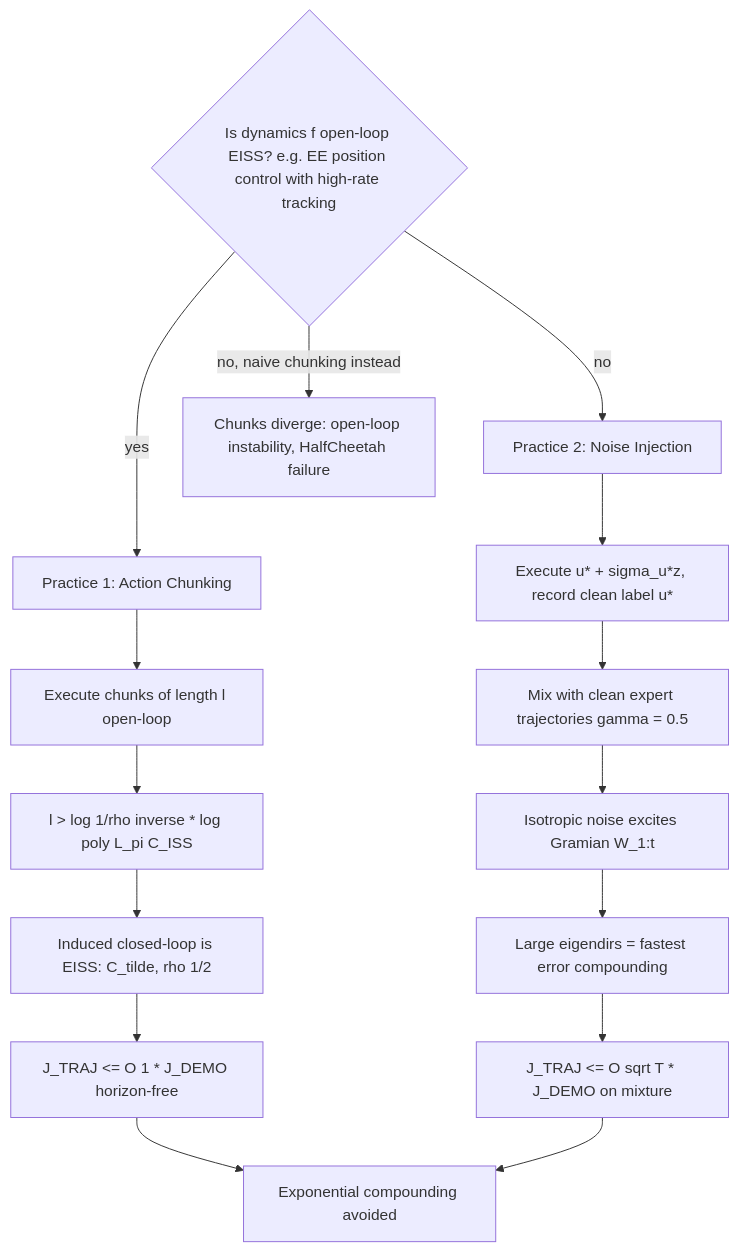
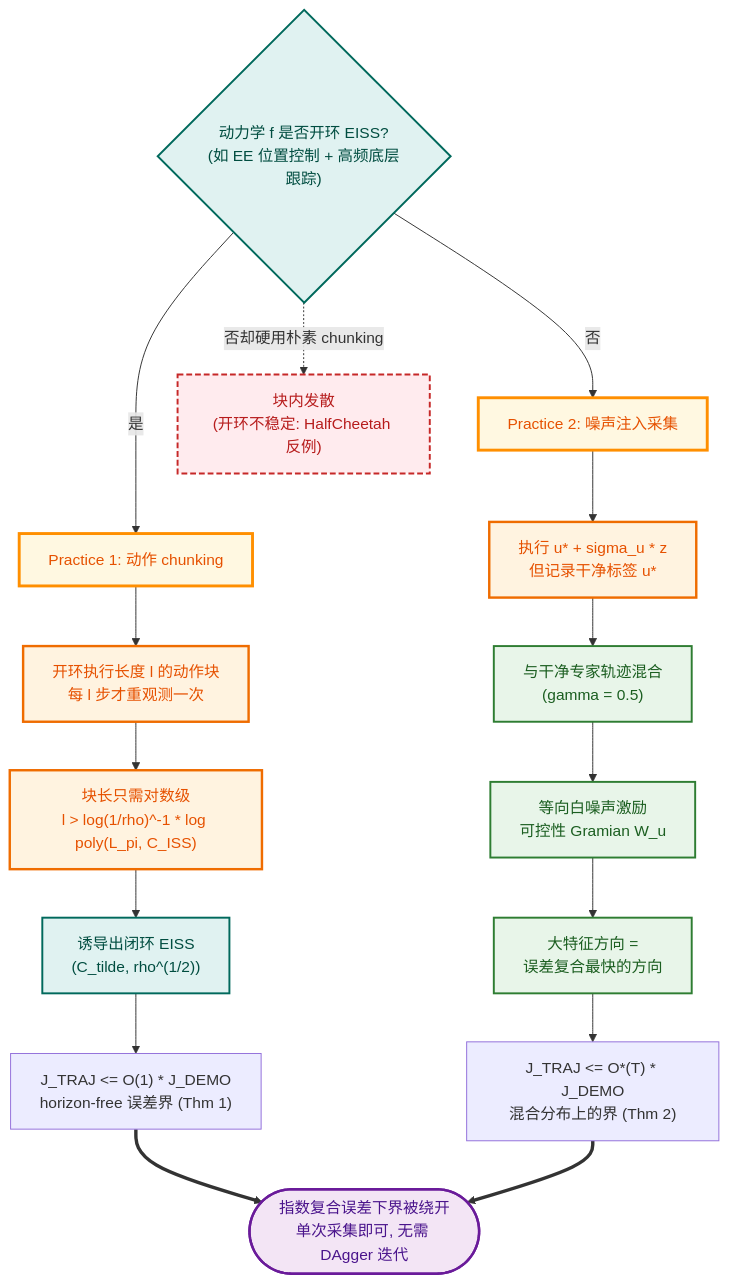
Before and after one commit to luohu-arch/physical_intelligence_study: the diagram in notes/architecture/chunking-exploratory.md, drawn with Mermaid. The commit also changed 153 other files, not shown here.

````diff
--- a/notes/architecture/chunking-exploratory.md
+++ b/notes/architecture/chunking-exploratory.md
@@ -190,18 +190,42 @@
 ```mermaid
+%%{init: {
+  'theme':'base',
+  'themeVariables':{
+    'primaryColor':'#fafbfd','primaryBorderColor':'#4a5d7d','primaryTextColor':'#1f2937',
+    'fontFamily':'"PingFang SC","Hiragino Sans GB","Microsoft YaHei",sans-serif',
+    'fontSize':'14px','clusterBkg':'#fbfcfe','clusterBorder':'#b9c6d8','edgeLabelBackground':'#ffffff'
+  },
+  'flowchart':{'curve':'basis','nodeSpacing':26,'rankSpacing':42,'padding':10}
+}}%%
 flowchart TD
-    Q{Is dynamics f open-loop EISS? e.g. EE position control with high-rate tracking}
-    Q -- yes --> P1[Practice 1: Action Chunking]
-    Q -- no --> P2[Practice 2: Noise Injection]
-    P1 --> C1[Execute chunks of length l open-loop]
-    C1 --> C2[l > log 1/rho inverse * log poly L_pi C_ISS]
-    C2 --> S1[Induced closed-loop is EISS: C_tilde, rho 1/2]
-    S1 --> R1[J_TRAJ <= O 1 * J_DEMO horizon-free]
-    P2 --> N1[Execute u* + sigma_u*z, record clean label u*]
-    N1 --> N2[Mix with clean expert trajectories gamma = 0.5]
-    N2 --> G[Isotropic noise excites Gramian W_1:t]
-    G --> G2[Large eigendirs = fastest error compounding]
-    G2 --> R2[J_TRAJ <= O sqrt T * J_DEMO on mixture]
-    R1 --> OK[Exponential compounding avoided]
-    R2 --> OK
-    Q -- no, naive chunking instead --> BAD[Chunks diverge: open-loop instability, HalfCheetah failure]
+    Q{"动力学 f 是否开环 EISS?<br/>(如 EE 位置控制 + 高频底层跟踪)"}
+    Q -->|"是"| P1["Practice 1: 动作 chunking"]
+    Q -->|"否"| P2["Practice 2: 噪声注入采集"]
+    P1 --> C1["开环执行长度 l 的动作块<br/>每 l 步才重观测一次"]
+    C1 --> C2["块长只需对数级<br/>l > log(1/rho)^-1 * log poly(L_pi, C_ISS)"]
+    C2 --> S1["诱导出闭环 EISS<br/>(C_tilde, rho^(1/2))"]
+    S1 --> R1["J_TRAJ <= O(1) * J_DEMO<br/>horizon-free 误差界 (Thm 1)"]
+    P2 --> N1["执行 u* + sigma_u * z<br/>但记录干净标签 u*"]
+    N1 --> N2["与干净专家轨迹混合<br/>(gamma = 0.5)"]
+    N2 --> G["等向白噪声激励<br/>可控性 Gramian W_u"]
+    G --> G2["大特征方向 =<br/>误差复合最快的方向"]
+    G2 --> R2["J_TRAJ <= O*(T) * J_DEMO<br/>混合分布上的界 (Thm 2)"]
+    R1 ==> OK(["指数复合误差下界被绕开<br/>单次采集即可, 无需 DAgger 迭代"])
+    R2 ==> OK
+    Q -.->|"否却硬用朴素 chunking"| BAD["块内发散<br/>(开环不稳定: HalfCheetah 反例)"]
+
+    class Q,S1 env
+    class P1,P2 key
+    class C1,C2,N1 train
+    class N2,G,G2 data
+    class OK act
+    class BAD loss
+    classDef data fill:#e8f5e9,stroke:#2e7d32,stroke-width:2px,color:#1b5e20
+    classDef frozen fill:#e3f2fd,stroke:#1565c0,stroke-width:2px,color:#0d47a1
+    classDef train fill:#fff3e0,stroke:#ef6c00,stroke-width:2.5px,color:#e65100
+    classDef loss fill:#ffebee,stroke:#c62828,stroke-width:2px,color:#b71c1c,stroke-dasharray:6 3
+    classDef act fill:#f3e5f5,stroke:#6a1b9a,stroke-width:2.5px,color:#4a148c
+    classDef loop fill:#eceff1,stroke:#546e7a,stroke-width:1.5px,color:#37474f,stroke-dasharray:4 3
+    classDef env fill:#e0f2f1,stroke:#00695c,stroke-width:2px,color:#004d40
+    classDef key fill:#fff8e1,stroke:#ff8f00,stroke-width:3px,color:#e65100
 ```
````
